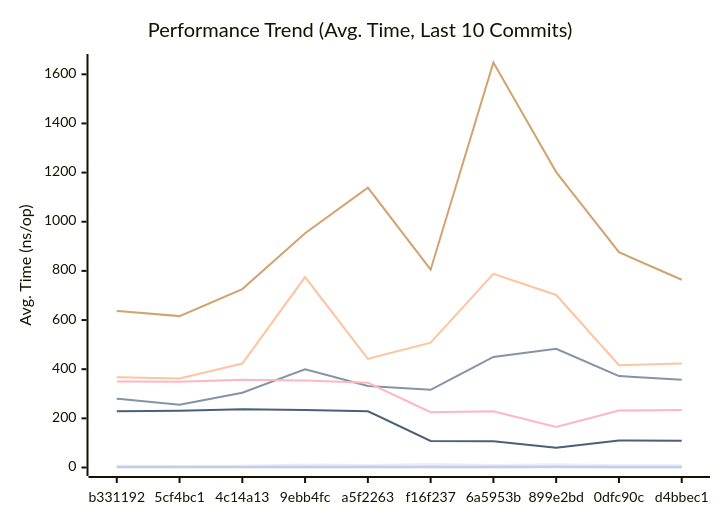
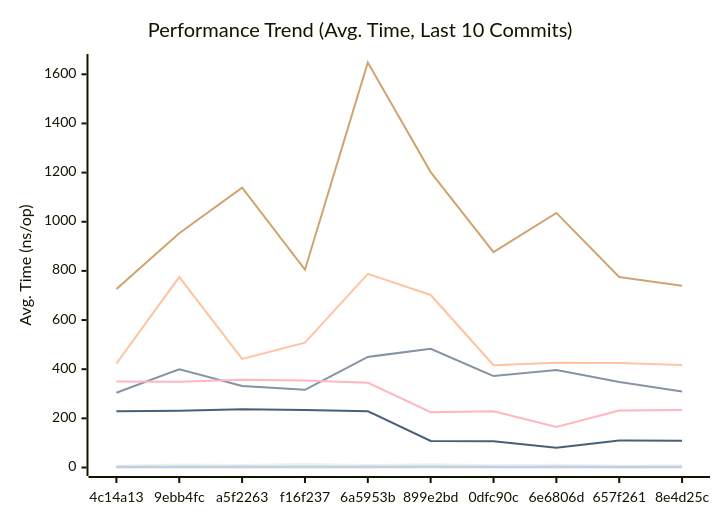
One commit to alsotoes/momo changed the first of 3 diagrams in docs/PERFORMANCE.md. Above: the diagram before and after it, drawn with Mermaid. The commit also changed other lines of this file and 27 other files, not shown here.

````diff
--- a/docs/PERFORMANCE.md
+++ b/docs/PERFORMANCE.md
@@ -80,16 +80,16 @@
 ```mermaid
 xychart-beta
     title "Performance Trend (Avg. Time, Last 10 Commits)"
     x-axis "Commit"
     y-axis "Avg. Time (ns/op)"
-    x-axis [b331192,5cf4bc1,4c14a13,9ebb4fc,a5f2263,f16f237,6a5953b,899e2bd,0dfc90c,d4bbec1]
-    line "CheckMetricsAndSwap" [7,6,7,12,10,14,10,13,9,9]
-    line "CrushOptimized" [280,255,304,400,332,316,450,483,372,357]
-    line "CrushOriginal" [367,362,423,775,442,508,788,702,416,423]
-    line "IndexDirectTracking" [0,0,0,0,0,0,0,1,0,0]
-    line "IndexSearch" [3,3,3,4,3,4,3,4,3,3]
-    line "LoadGlobalConfig" [637,616,726,953,1139,805,1648,1202,876,764]
-    line "PadString" [2,2,2,2,3,3,3,3,2,2]
+    x-axis [4c14a13,9ebb4fc,a5f2263,f16f237,6a5953b,899e2bd,0dfc90c,6e6806d,657f261,8e4d25c]
+    line "CheckMetricsAndSwap" [7,12,10,14,10,13,9,11,7,8]
+    line "CrushOptimized" [304,400,332,316,450,483,372,397,348,309]
+    line "CrushOriginal" [423,775,442,508,788,702,416,426,425,417]
+    line "IndexDirectTracking" [0,0,0,0,0,1,0,0,0,0]
+    line "IndexSearch" [3,4,3,4,3,4,3,3,3,3]
+    line "LoadGlobalConfig" [726,953,1139,805,1648,1202,876,1036,775,740]
+    line "PadString" [2,2,3,3,3,3,2,3,2,2]
     line "ParseReplicationOrder_NoPrealloc" [350,349,357,354,345,225,229,165,232,234]
     line "ParseReplicationOrder_Prealloc" [229,231,237,234,229,108,107,80,110,109]
 ```
````
